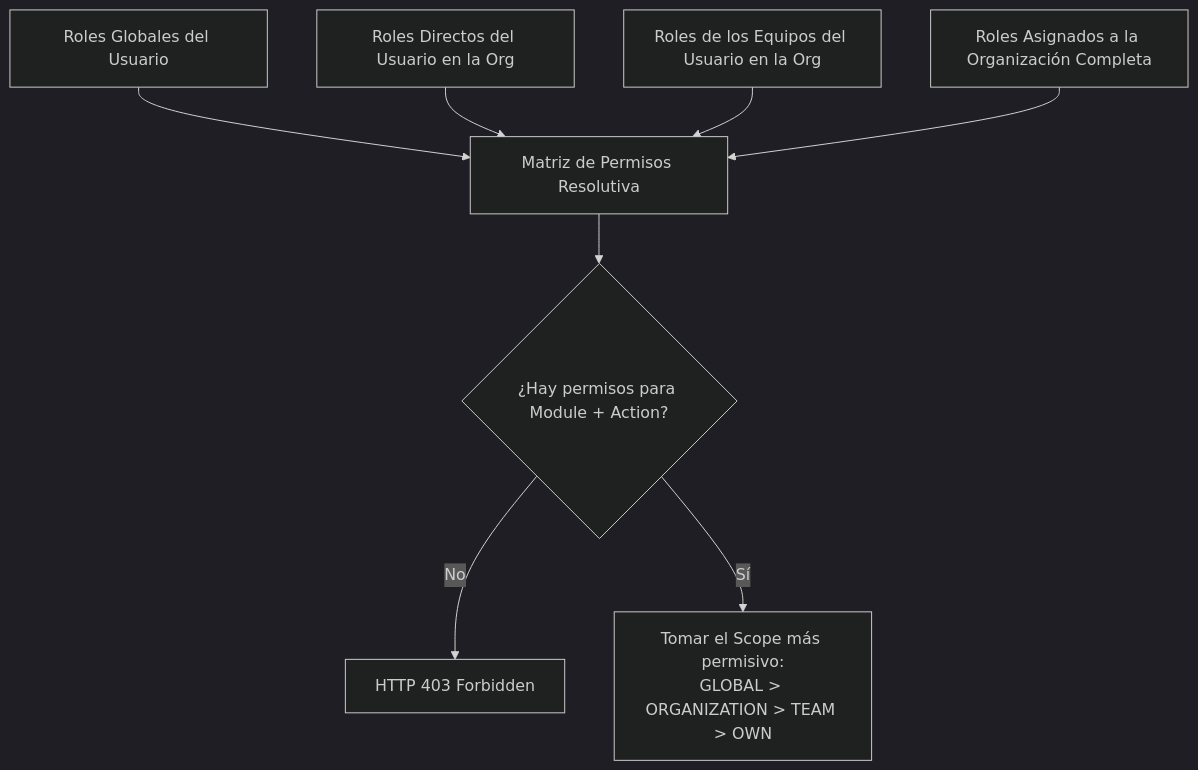
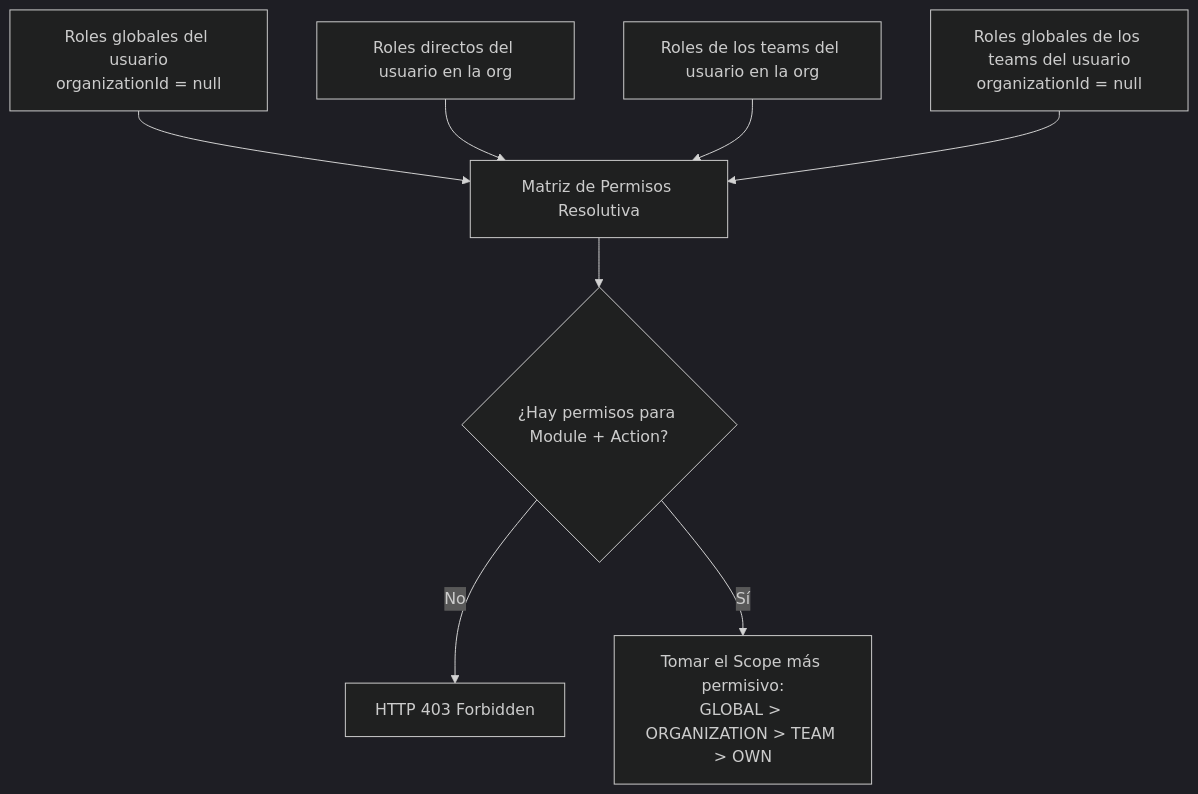
Before and after one commit to javireyramirez/plantilla-fastify: the second of 3 diagrams in RBAC_GUIDE.md, drawn with Mermaid (dark theme). The commit also changed other lines of this file and 12 other files, not shown here.

````diff
--- a/RBAC_GUIDE.md
+++ b/RBAC_GUIDE.md
@@ -86,10 +193,10 @@
 ```mermaid
 graph TD
-    A[Roles Globales del Usuario] --> E[Matriz de Permisos Resolutiva]
-    B[Roles Directos del Usuario en la Org] --> E
-    C[Roles de los Equipos del Usuario en la Org] --> E
-    D[Roles Asignados a la Organización Completa] --> E
+    A[Roles globales del usuario<br/>organizationId = null] --> E[Matriz de Permisos Resolutiva]
+    B[Roles directos del usuario en la org] --> E
+    C[Roles de los teams del usuario en la org] --> E
+    D[Roles globales de los teams del usuario<br/>organizationId = null] --> E
     E --> F{¿Hay permisos para Module + Action?}
     F -- No --> G[HTTP 403 Forbidden]
     F -- Sí --> H[Tomar el Scope más permisivo:<br/>GLOBAL > ORGANIZATION > TEAM > OWN]
 ```
````
